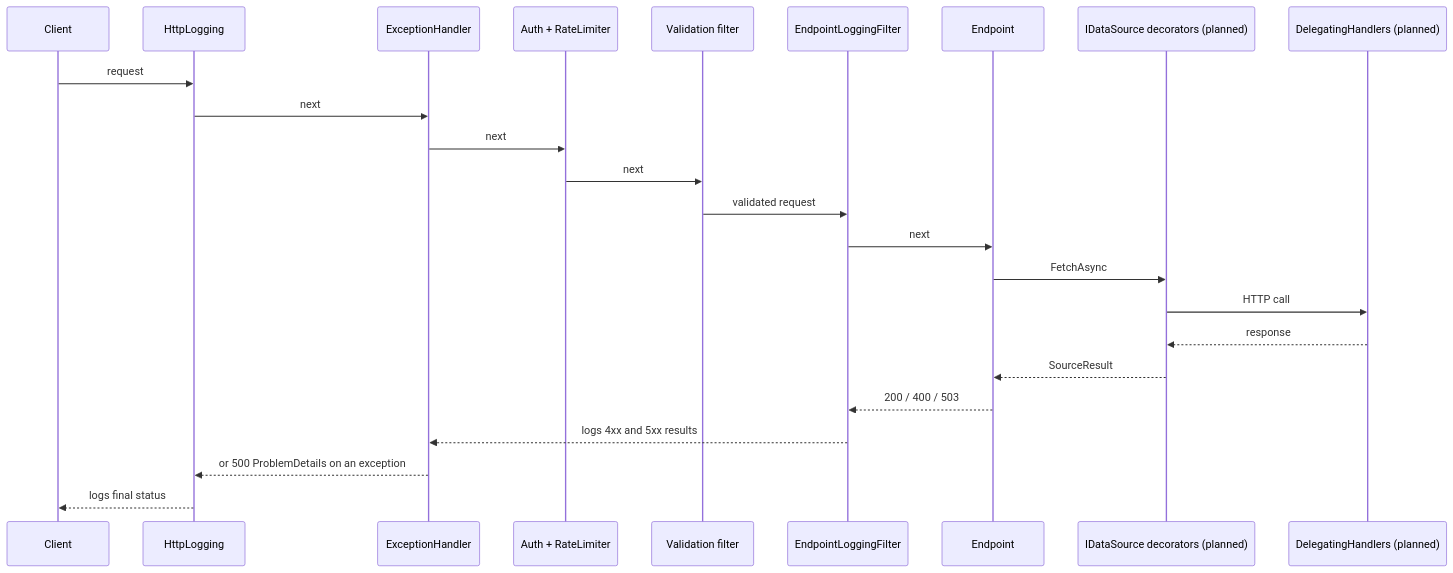
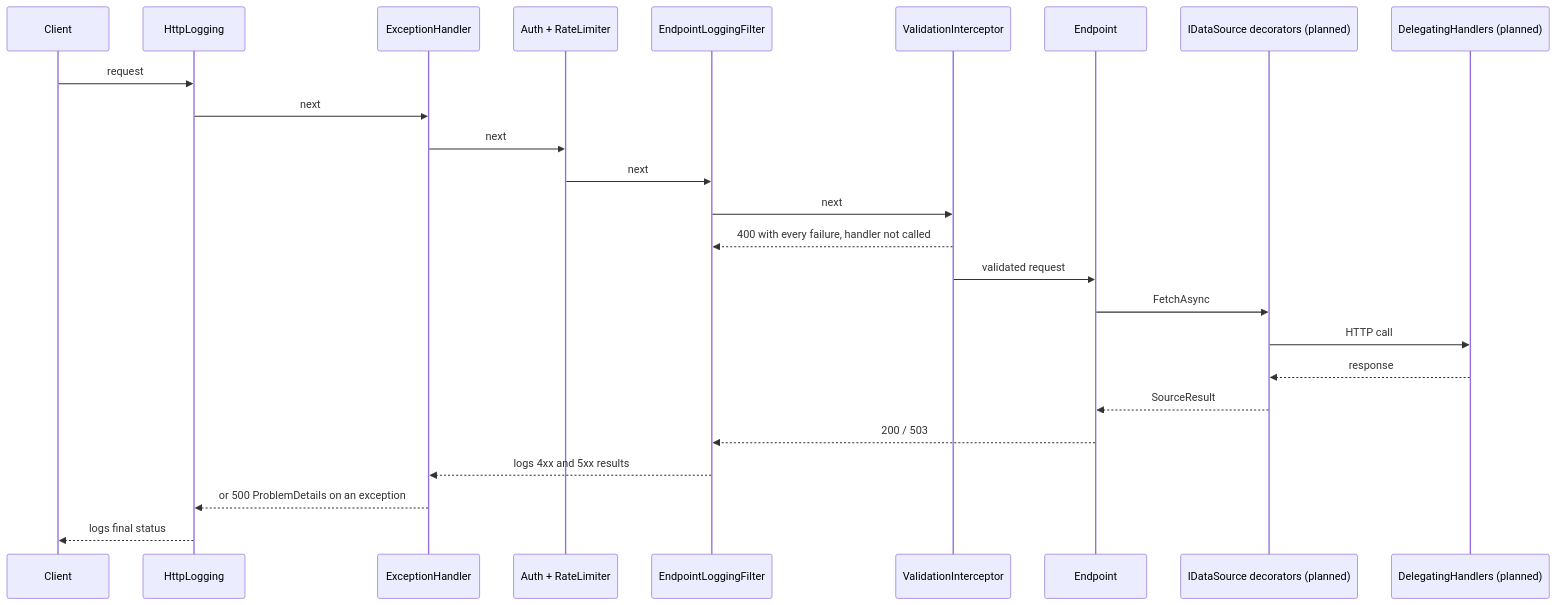
The diagram in README.md (gokcekuvandik/api-aggregator), drawn with Mermaid before and after one commit. The commit also changed other lines of this file and 16 other files, not shown here.

````diff
--- a/README.md
+++ b/README.md
@@ -177,26 +177,27 @@
 ```mermaid
 sequenceDiagram
     participant C as Client
     participant L as HttpLogging
     participant E as ExceptionHandler
     participant A as Auth + RateLimiter
-    participant V as Validation filter
     participant F as EndpointLoggingFilter
+    participant V as ValidationInterceptor
     participant H as Endpoint
     participant S as IDataSource decorators (planned)
     participant D as DelegatingHandlers (planned)
     C->>L: request
     L->>E: next
     E->>A: next
-    A->>V: next
-    V->>F: validated request
-    F->>H: next
+    A->>F: next
+    F->>V: next
+    V-->>F: 400 with every failure, handler not called
+    V->>H: validated request
     H->>S: FetchAsync
     S->>D: HTTP call
     D-->>S: response
     S-->>H: SourceResult
-    H-->>F: 200 / 400 / 503
+    H-->>F: 200 / 503
     F-->>E: logs 4xx and 5xx results
     E-->>L: or 500 ProblemDetails on an exception
     L-->>C: logs final status
 ```
````
